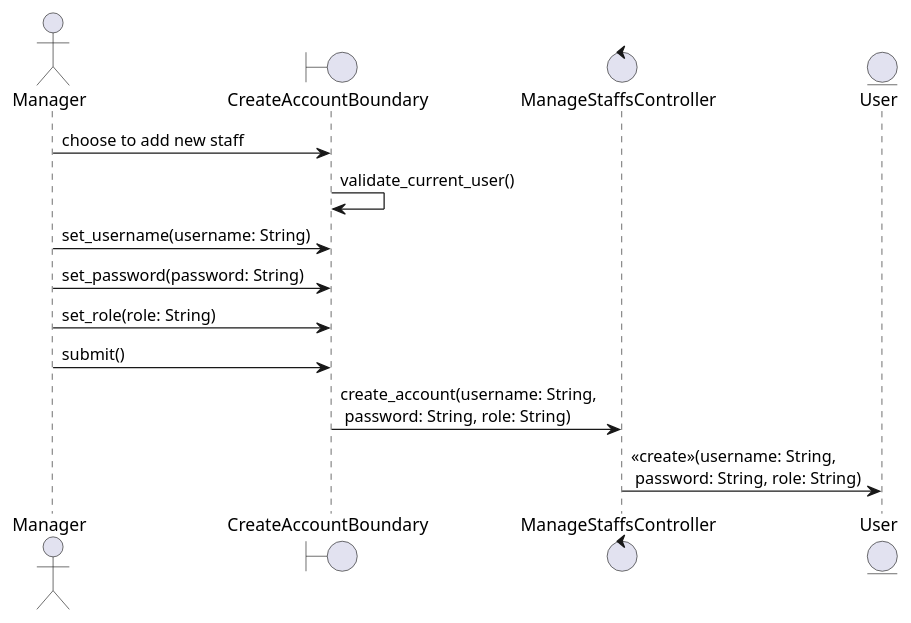
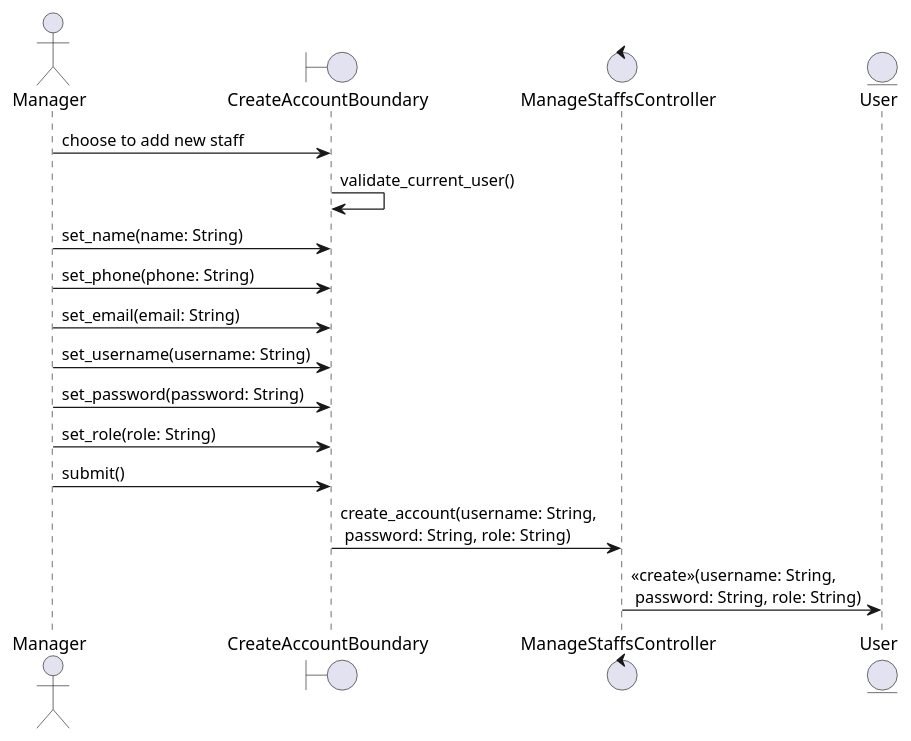
One commit to LapTQ/MCT changed the diagram in docs/UML/Sequence Diagrams/add-new-staff.pu. Above: the diagram before and after it, drawn with PlantUML. The commit also changed 58 other files, not shown here.

Commit message:
update UML

```diff
--- a/docs/UML/Sequence Diagrams/add-new-staff.pu
+++ b/docs/UML/Sequence Diagrams/add-new-staff.pu
@@ -1,17 +1,20 @@
 @startuml
 
 actor Manager as A
 boundary CreateAccountBoundary as B2
 control ManageStaffsController as C
 entity User as E
 
 A -> B2: choose to add new staff
 B2 -> B2: validate_current_user()
+A -> B2: set_name(name: String)
+A -> B2: set_phone(phone: String)
+A -> B2: set_email(email: String)
 A -> B2: set_username(username: String)
 A -> B2: set_password(password: String)
 A -> B2: set_role(role: String)
 A -> B2: submit()
 B2 -> C: create_account(username: String, \n password: String, role: String)
 C -> E: <<create>>(username: String, \n password: String, role: String)
 
 @enduml
```
